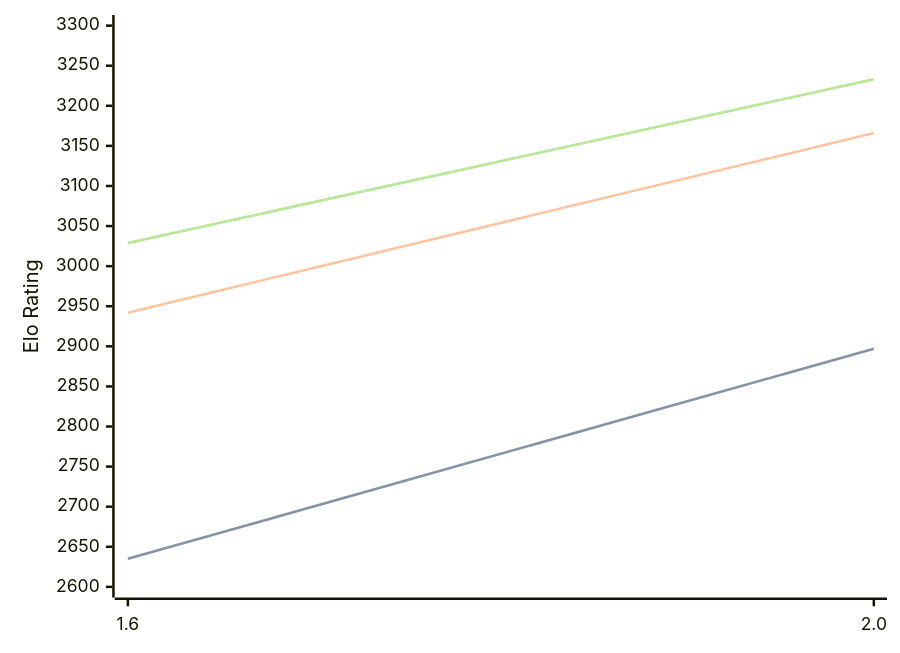
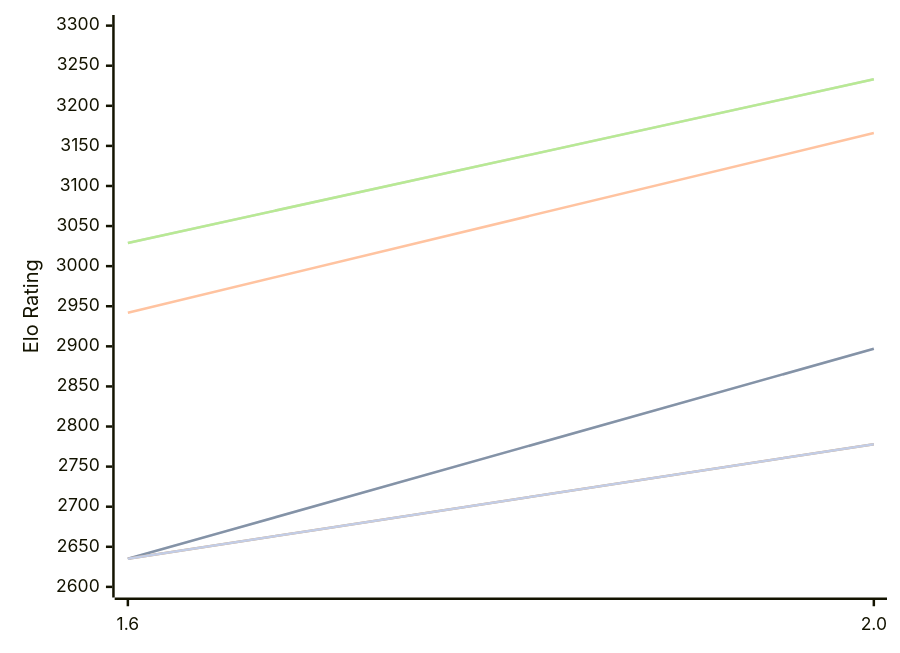
The diagram in engines/Onyx.md (computer-chess-index/cci), drawn with Mermaid before and after one commit. The commit also changed other lines of this file, not shown here.

Commit message:
Update CCI Ratings (ELO VLTC) - 2026-10-11

````diff
--- a/engines/Onyx.md
+++ b/engines/Onyx.md
@@ -48,16 +48,13 @@
 ```mermaid
 %%{init: {"theme":"base","themeVariables":{"seriesColors:['#a3a3a3','#222221','#faa371']}}}%%
 xychart-beta
   x-axis ["1.6", "2.0"]
   y-axis "Elo Rating" 2600 --> 3300
   line "" [2635, 2897]
   line "T1: STC (8.0+0.08s)" [2635, 2897]
   line "T1: LTC (60.0+0.60s)" [2942, 3166]
   line "" [3029, 3233]
   line "T1: VLTC (2m24s+1.12s)" [3029, 3233]
-  line "" [2765]
-  line "E1: STC (8.0+0.08s)" [2765]
-  line "E1: LTC (60.0+0.60s)" [3085]
-  line "" [3168]
-  line "E1: VLTC (2m24s+1.12s)" [3168]
+  line "" [2635,2778]
+  line "E1: STC (8.0+0.08s)" [2635,2778]
 ```
````
